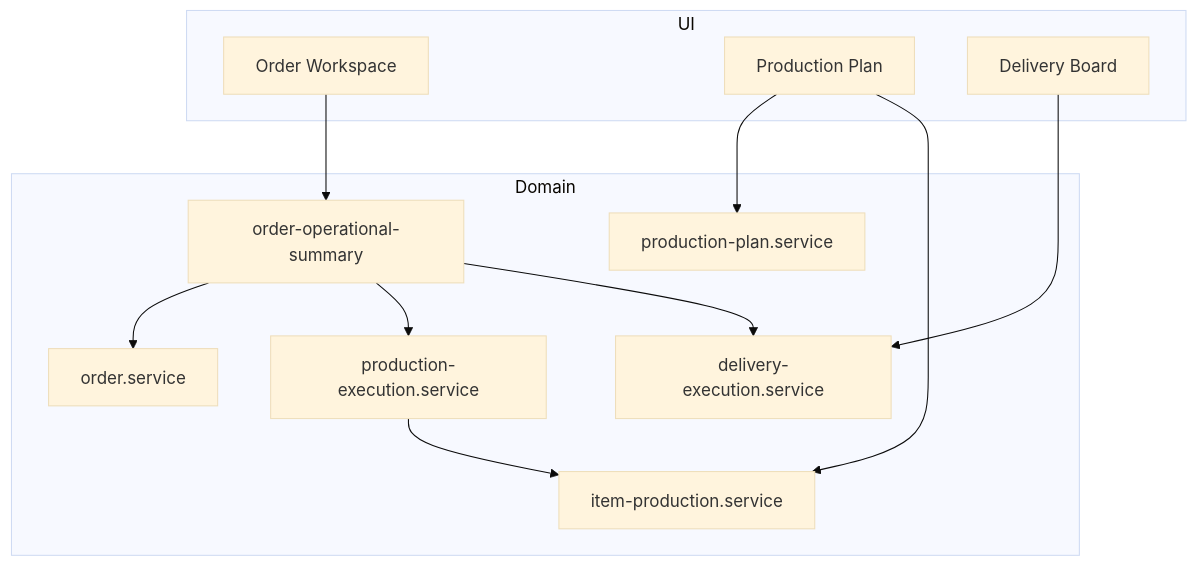
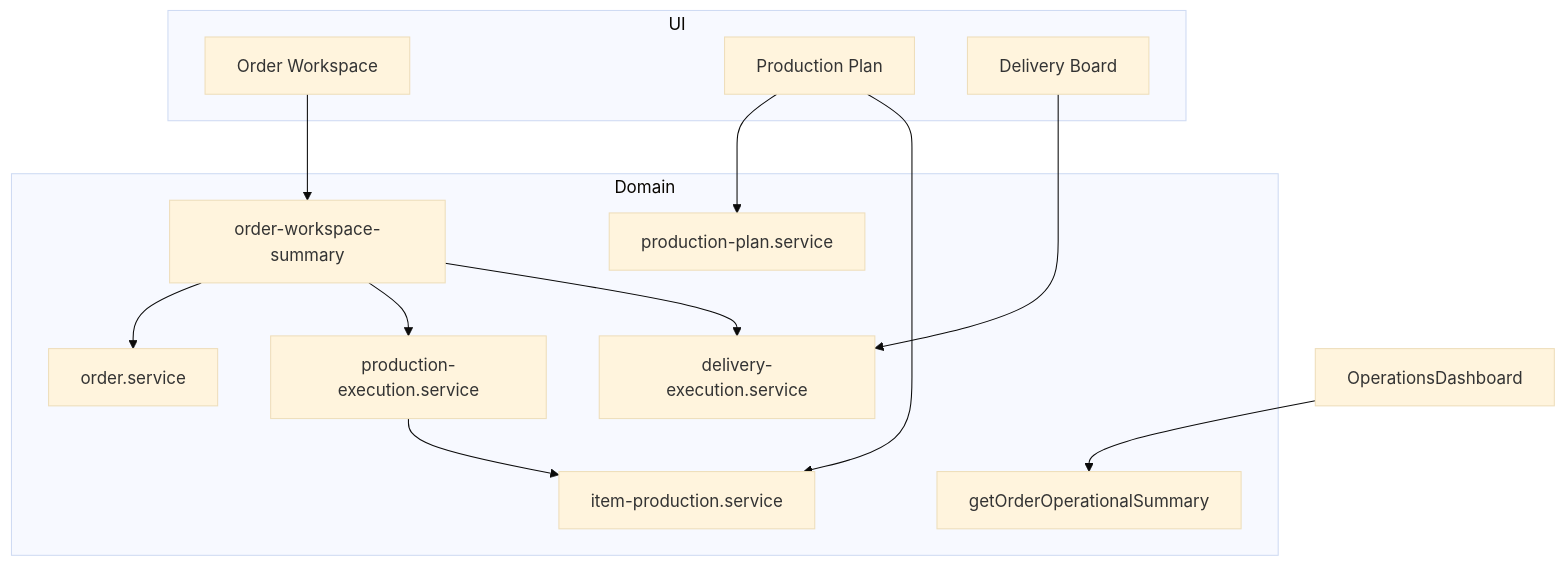
The diagram in docs/orders-production/07-recommended-architecture.md (hoangthang1209-byte/attd.vn), drawn with Mermaid (base theme) before and after one commit. The commit also changed other lines of this file and 7 other files, not shown here.

````diff
--- a/docs/orders-production/07-recommended-architecture.md
+++ b/docs/orders-production/07-recommended-architecture.md
@@ -73,24 +82,26 @@
 ```mermaid
 flowchart TB
   subgraph UI
     OW[Order Workspace]
     PP[Production Plan]
     DB[Delivery Board]
   end
   subgraph Domain
     OS[order.service]
-    OCS[order-operational-summary]
+    OWS[order-workspace-summary]
+    OOS[getOrderOperationalSummary]
     PES[production-execution.service]
     PPS[production-plan.service]
     IPS[item-production.service]
     DES[delivery-execution.service]
   end
-  OW --> OCS
-  OCS --> OS
-  OCS --> PES
-  OCS --> DES
+  OW --> OWS
+  OWS --> OS
+  OWS --> PES
+  OWS --> DES
+  OD[OperationsDashboard] --> OOS
   PP --> PPS
   PP --> IPS
   DB --> DES
   PES --> IPS
 ```
````
